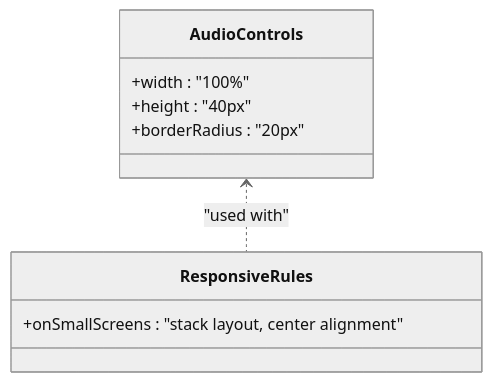
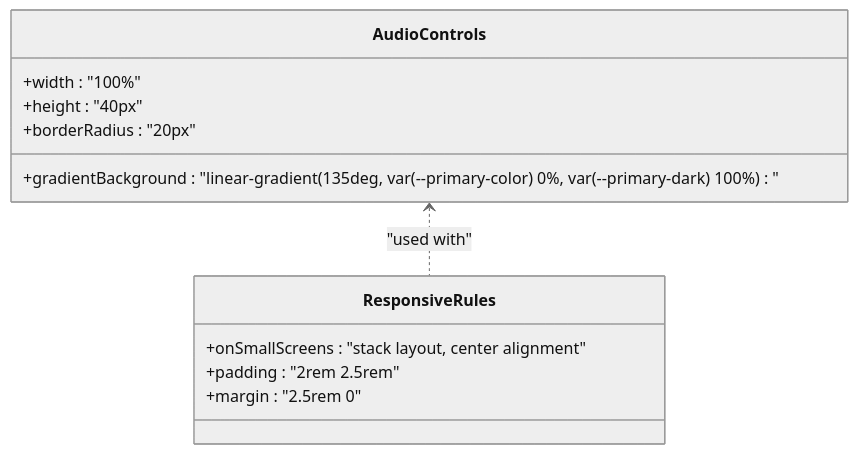
Before and after one commit to lynchip/graduates: the sixth of 7 diagrams in .qoder/repowiki/en/content/Core Features/Audio Pronunciation System.md, drawn with Mermaid (neutral theme). The commit also changed other lines of this file and 12 other files, not shown here.

````diff
--- a/.qoder/repowiki/en/content/Core Features/Audio Pronunciation System.md
+++ b/.qoder/repowiki/en/content/Core Features/Audio Pronunciation System.md
@@ -190,12 +270,15 @@
 ```mermaid
 classDiagram
 class AudioControls {
 +width : "100%"
 +height : "40px"
 +borderRadius : "20px"
++gradientBackground : "linear-gradient(135deg, var(--primary-color) 0%, var(--primary-dark) 100%)"
 }
 class ResponsiveRules {
 +onSmallScreens : "stack layout, center alignment"
++padding : "2rem 2.5rem"
++margin : "2.5rem 0"
 }
 AudioControls <.. ResponsiveRules : "used with"
 ```
````
